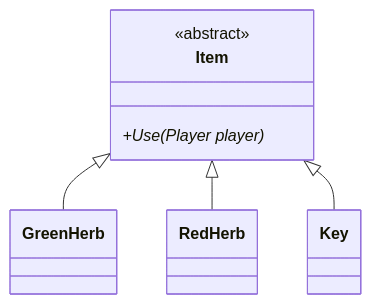
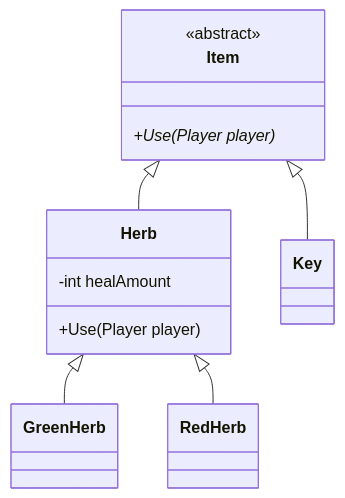
The first of 5 diagrams in CsharpVer/chapter-06-polymorphism.md (fuddt/Cplus), drawn with Mermaid before and after one commit. The commit also changed other lines of this file and 18 other files, not shown here.

````diff
--- a/CsharpVer/chapter-06-polymorphism.md
+++ b/CsharpVer/chapter-06-polymorphism.md
@@ -26,14 +28,19 @@
 ```mermaid
 classDiagram
     class Item {
         <<abstract>>
         +Use(Player player)*
     }
+    class Herb {
+        -int healAmount
+        +Use(Player player)
+    }
     class GreenHerb
     class RedHerb
     class Key
 
-    Item <|-- GreenHerb
-    Item <|-- RedHerb
+    Item <|-- Herb
+    Herb <|-- GreenHerb
+    Herb <|-- RedHerb
     Item <|-- Key
 ```
````
